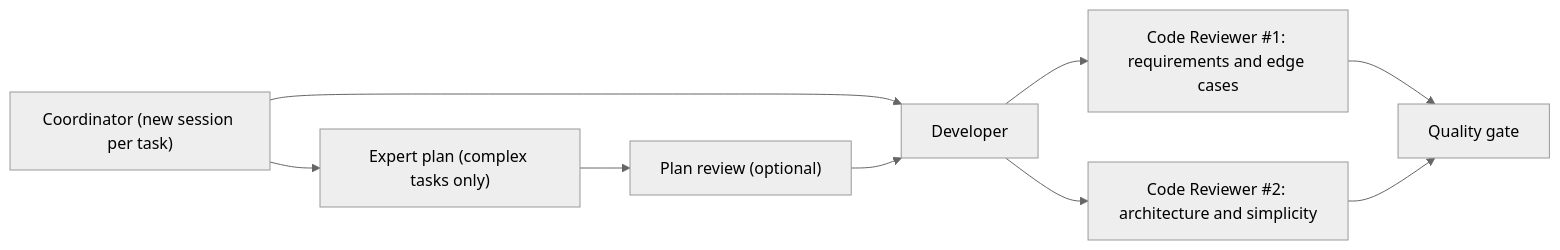
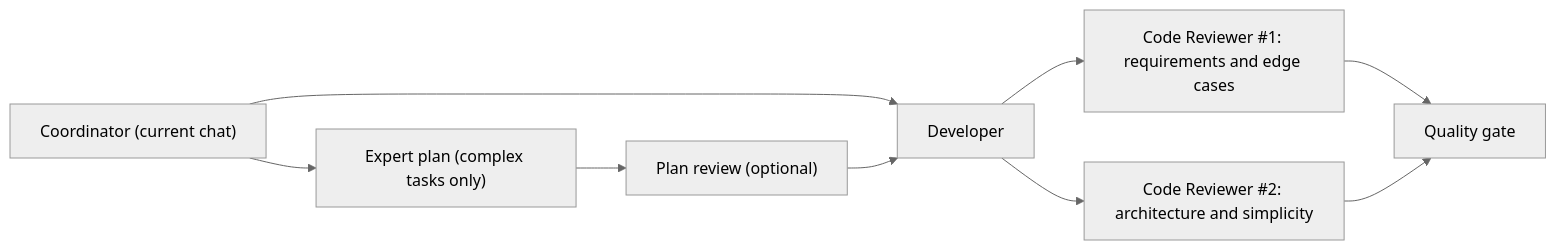
The diagram in README.md (OliverWalker1122/paseo-team), drawn with Mermaid (neutral theme) before and after one commit. The commit also changed other lines of this file and 16 other files, not shown here.

Commit message:
fix(team): reuse open chat as coordinator, dedupe workspace graph tab, and add UI/E2E regression tests

````diff
--- a/README.md
+++ b/README.md
@@ -90,11 +90,11 @@
 ```mermaid
 flowchart LR
-  C["Coordinator (new session per task)"] --> E["Expert plan (complex tasks only)"]
+  C["Coordinator (current chat)"] --> E["Expert plan (complex tasks only)"]
   E --> P["Plan review (optional)"]
   C --> D["Developer"]
   P --> D
   D --> R1["Code Reviewer #1: requirements and edge cases"]
   D --> R2["Code Reviewer #2: architecture and simplicity"]
   R1 --> G["Quality gate"]
   R2 --> G
 ```
````
